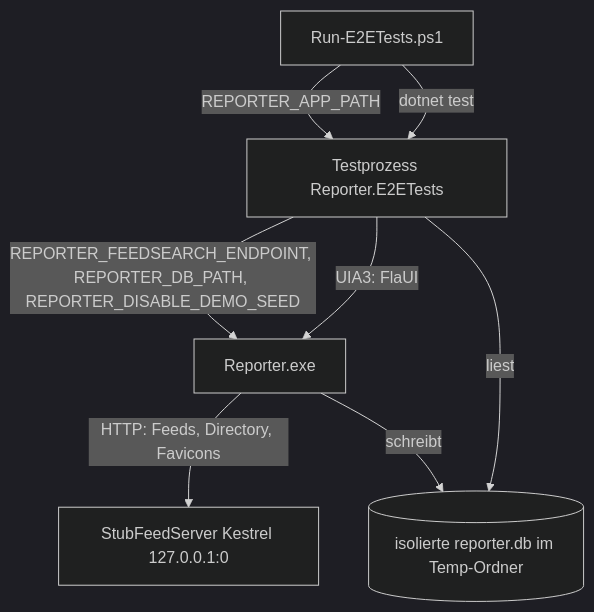
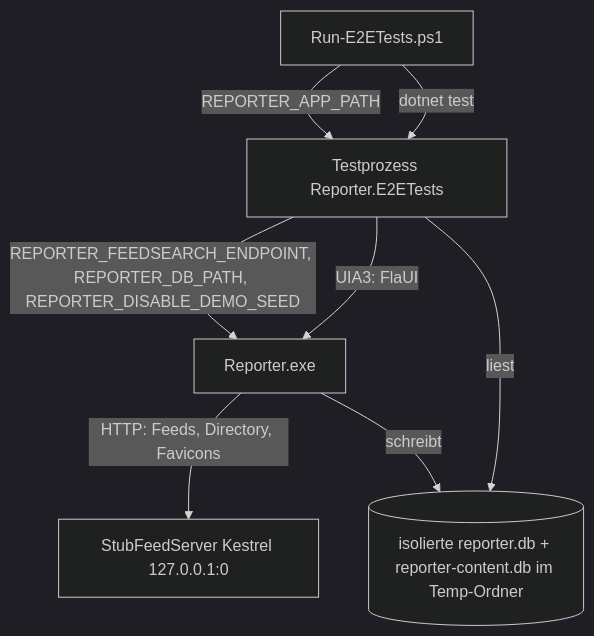
One commit to martin-stromberg/Reporter changed the diagram in docs/help/tests/architektur.md. Above: the diagram before and after it, drawn with Mermaid (dark theme). The commit also changed other lines of this file and 81 other files, not shown here.

````diff
--- a/docs/help/tests/architektur.md
+++ b/docs/help/tests/architektur.md
@@ -43,10 +43,10 @@
 ```mermaid
 graph TD
     S[Run-E2ETests.ps1] -->|dotnet test| T[Testprozess Reporter.E2ETests]
     T -->|UIA3: FlaUI| A[Reporter.exe]
-    T -->|liest| DB[(isolierte reporter.db im Temp-Ordner)]
+    T -->|liest| DB[(isolierte reporter.db + reporter-content.db im Temp-Ordner)]
     A -->|HTTP: Feeds, Directory, Favicons| K[StubFeedServer Kestrel 127.0.0.1:0]
     A -->|schreibt| DB
     S -->|REPORTER_APP_PATH| T
     T -->|REPORTER_FEEDSEARCH_ENDPOINT, REPORTER_DB_PATH, REPORTER_DISABLE_DEMO_SEED| A
 ```
````
